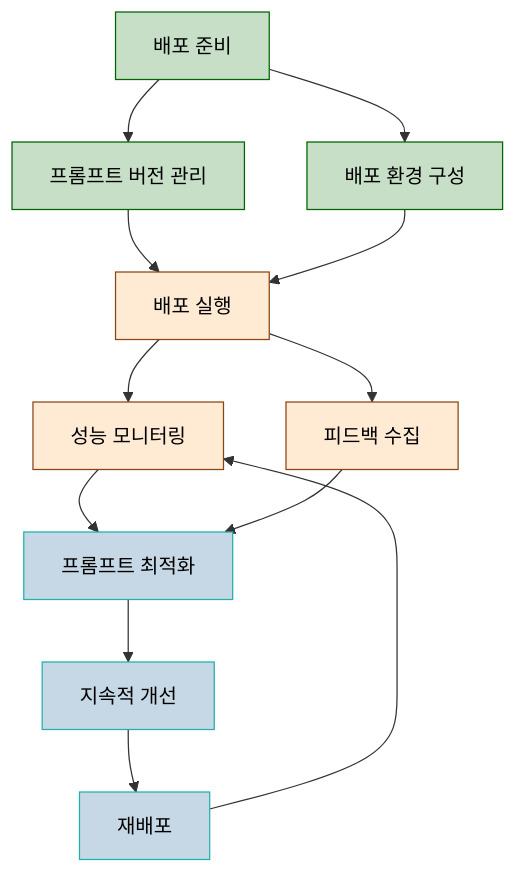
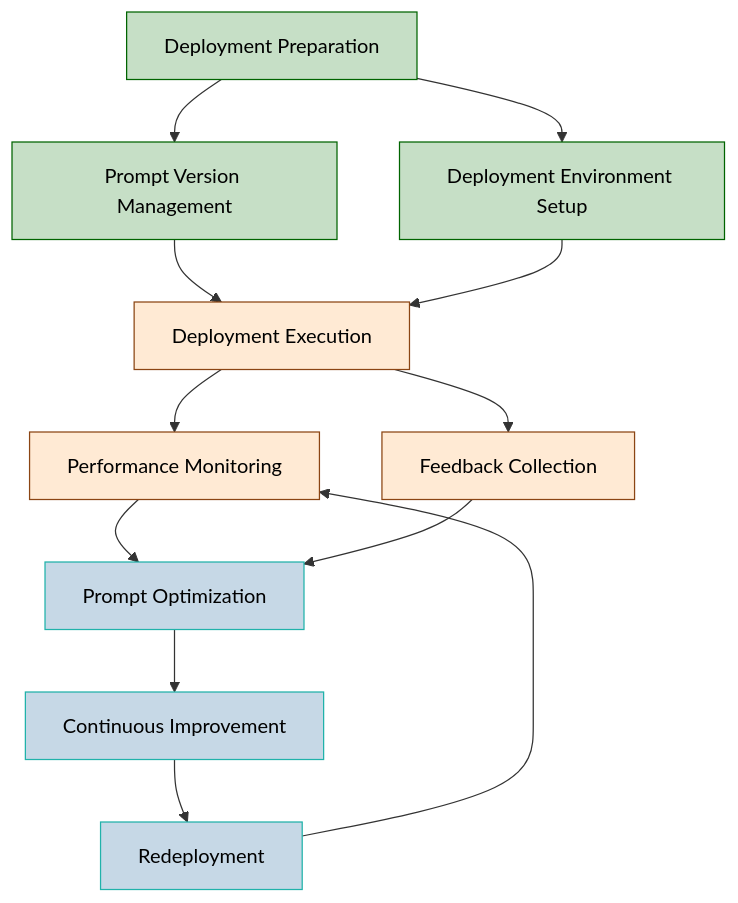
One commit to bbalganjjm/prompt-driven-development changed the diagram in 4.5.prompt-driven-development-methodology-details-deployment.md. Above: the diagram before and after it, drawn with Mermaid. The commit also changed other lines of this file and 4 other files, not shown here.

Commit message:
Refactor PDD documentation: Update terminology from "Stage" to "Phase" for consistency and clarity; enhance descriptions and structural elements; improve inter-phase linkage diagram and key questions for each phase.

````diff
--- a/4.5.prompt-driven-development-methodology-details-deployment.md
+++ b/4.5.prompt-driven-development-methodology-details-deployment.md
@@ -40,24 +40,23 @@
 ```mermaid
 flowchart TB
-    A[배포 준비] --> B[프롬프트 버전 관리]
-    A --> C[배포 환경 구성]
-    B --> D[배포 실행]
+    A[Deployment Preparation] --> B[Prompt Version Management]
+    A --> C[Deployment Environment Setup]
+    B --> D[Deployment Execution]
     C --> D
-    D --> E[성능 모니터링]
-    D --> F[피드백 수집]
-    E --> G[프롬프트 최적화]
+    D --> E[Performance Monitoring]
+    D --> F[Feedback Collection]
+    E --> G[Prompt Optimization]
     F --> G
-    G --> H[지속적 개선]
-    H --> I[재배포]
+    G --> H[Continuous Improvement]
+    H --> I[Redeployment]
     I --> E
-    
     style A fill:#c6dfc6,stroke:#006400,color:#000000
     style B fill:#c6dfc6,stroke:#006400,color:#000000
     style C fill:#c6dfc6,stroke:#006400,color:#000000
     style D fill:#ffead4,stroke:#8B4513,color:#000000
     style E fill:#ffead4,stroke:#8B4513,color:#000000
     style F fill:#ffead4,stroke:#8B4513,color:#000000
     style G fill:#c6d8e6,stroke:#20B2AA,color:#000000
     style H fill:#c6d8e6,stroke:#20B2AA,color:#000000
     style I fill:#c6d8e6,stroke:#20B2AA,color:#000000
 ```
````
